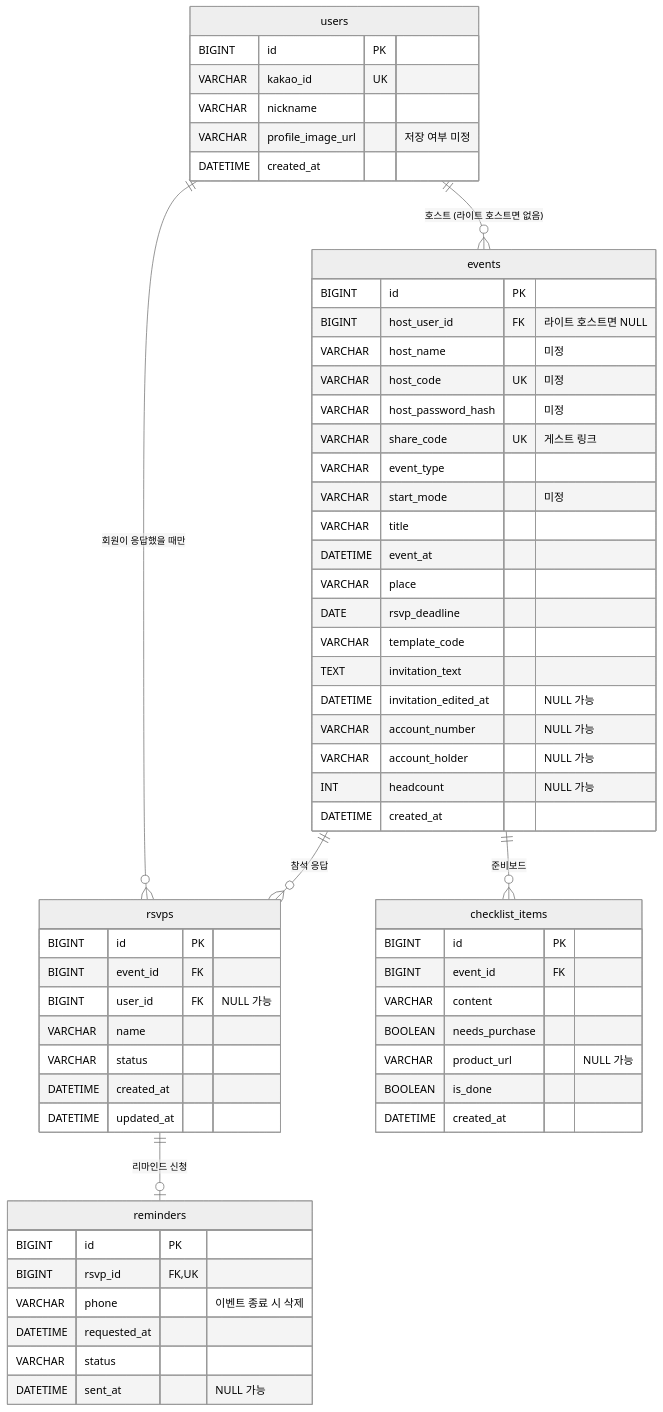
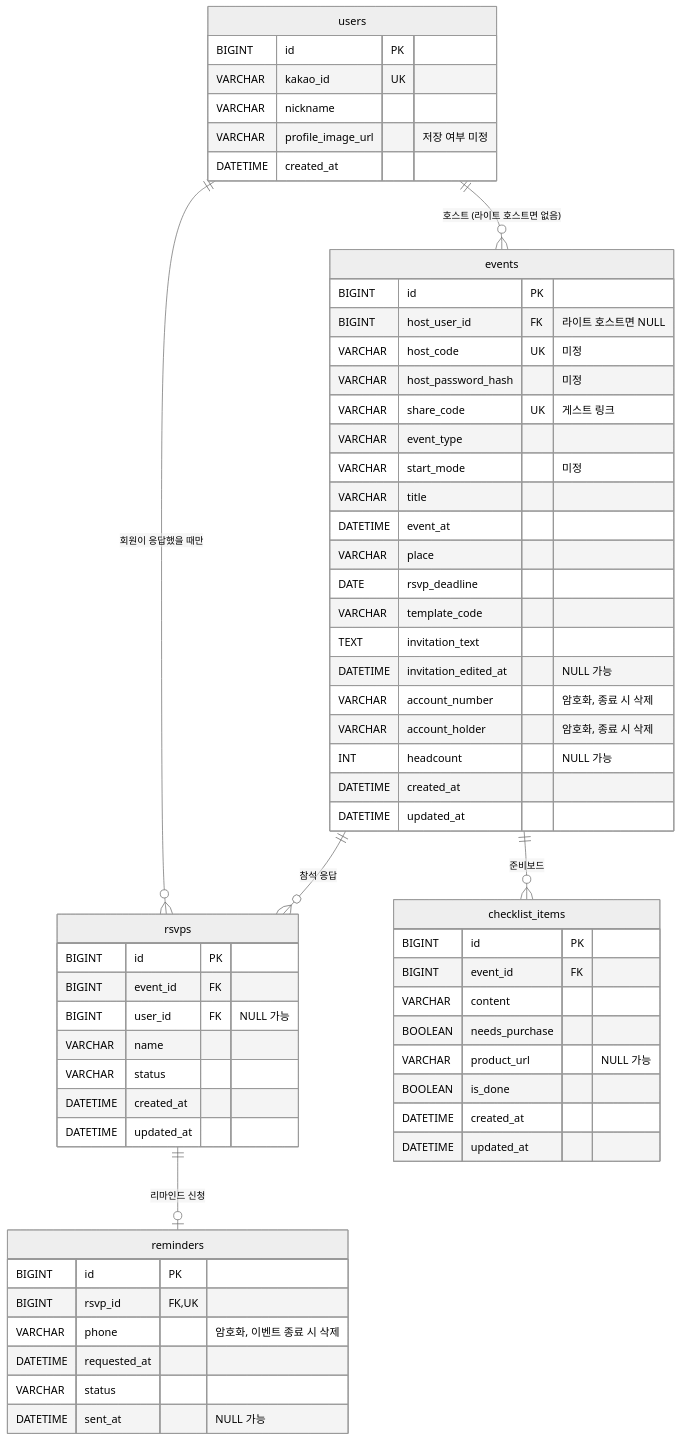
One commit to SWYP-16-WEB/SWYP-INVITE-BE changed the diagram in docs/backend.md. Above: the diagram before and after it, drawn with Mermaid (neutral theme). The commit also changed other lines of this file, not shown here.

````diff
--- a/docs/backend.md
+++ b/docs/backend.md
@@ -182,63 +183,64 @@
 ```mermaid
 erDiagram
     users ||--o{ events : "호스트 (라이트 호스트면 없음)"
     users ||--o{ rsvps : "회원이 응답했을 때만"
     events ||--o{ checklist_items : "준비보드"
     events ||--o{ rsvps : "참석 응답"
     rsvps ||--o| reminders : "리마인드 신청"
 
     users {
         BIGINT id PK
         VARCHAR kakao_id UK
         VARCHAR nickname
         VARCHAR profile_image_url "저장 여부 미정"
         DATETIME created_at
     }
     events {
         BIGINT id PK
         BIGINT host_user_id FK "라이트 호스트면 NULL"
-        VARCHAR host_name "미정"
         VARCHAR host_code UK "미정"
         VARCHAR host_password_hash "미정"
         VARCHAR share_code UK "게스트 링크"
         VARCHAR event_type
         VARCHAR start_mode "미정"
         VARCHAR title
         DATETIME event_at
         VARCHAR place
         DATE rsvp_deadline
         VARCHAR template_code
         TEXT invitation_text
         DATETIME invitation_edited_at "NULL 가능"
-        VARCHAR account_number "NULL 가능"
-        VARCHAR account_holder "NULL 가능"
+        VARCHAR account_number "암호화, 종료 시 삭제"
+        VARCHAR account_holder "암호화, 종료 시 삭제"
         INT headcount "NULL 가능"
         DATETIME created_at
+        DATETIME updated_at
     }
     checklist_items {
         BIGINT id PK
         BIGINT event_id FK
         VARCHAR content
         BOOLEAN needs_purchase
         VARCHAR product_url "NULL 가능"
         BOOLEAN is_done
         DATETIME created_at
+        DATETIME updated_at
     }
     rsvps {
         BIGINT id PK
         BIGINT event_id FK
         BIGINT user_id FK "NULL 가능"
         VARCHAR name
         VARCHAR status
         DATETIME created_at
         DATETIME updated_at
     }
     reminders {
         BIGINT id PK
         BIGINT rsvp_id FK, UK
-        VARCHAR phone "이벤트 종료 시 삭제"
+        VARCHAR phone "암호화, 이벤트 종료 시 삭제"
         DATETIME requested_at
         VARCHAR status
         DATETIME sent_at "NULL 가능"
     }
 ```
````
